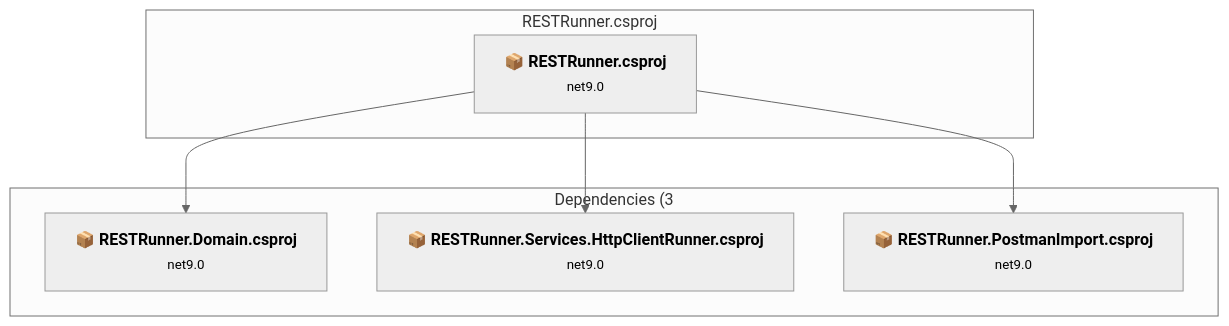
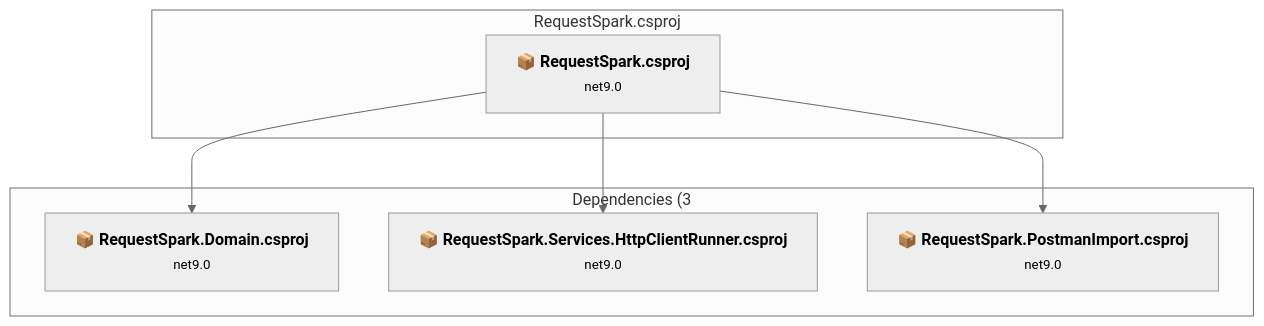
Before and after one commit to markhazleton/RESTRunner: the seventh of 7 diagrams in .github/upgrades/assessment.md, drawn with Mermaid (neutral theme). The commit also changed other lines of this file and 326 other files, not shown here.

First line of the commit message:
feat(rebrand): rename RESTRunner to RequestSpark (#11)

````diff
--- a/.github/upgrades/assessment.md
+++ b/.github/upgrades/assessment.md
@@ -444,19 +446,19 @@
 ```mermaid
 flowchart TB
-    subgraph current["RESTRunner.csproj"]
-        MAIN["<b>📦&nbsp;RESTRunner.csproj</b><br/><small>net9.0</small>"]
-        click MAIN "#restrunnerrestrunnercsproj"
+    subgraph current["RequestSpark.csproj"]
+        MAIN["<b>📦&nbsp;RequestSpark.csproj</b><br/><small>net9.0</small>"]
+        click MAIN "#requestsparkrequestsparkcsproj"
     end
     subgraph downstream["Dependencies (3"]
-        P2["<b>📦&nbsp;RESTRunner.Domain.csproj</b><br/><small>net9.0</small>"]
-        P4["<b>📦&nbsp;RESTRunner.Services.HttpClientRunner.csproj</b><br/><small>net9.0</small>"]
-        P3["<b>📦&nbsp;RESTRunner.PostmanImport.csproj</b><br/><small>net9.0</small>"]
-        click P2 "#restrunnerdomainrestrunnerdomaincsproj"
-        click P4 "#restrunnerserviceshttpclientrestrunnerserviceshttpclientrunnercsproj"
-        click P3 "#restrunnerpostmanimportrestrunnerpostmanimportcsproj"
+        P2["<b>📦&nbsp;RequestSpark.Domain.csproj</b><br/><small>net9.0</small>"]
+        P4["<b>📦&nbsp;RequestSpark.Services.HttpClientRunner.csproj</b><br/><small>net9.0</small>"]
+        P3["<b>📦&nbsp;RequestSpark.PostmanImport.csproj</b><br/><small>net9.0</small>"]
+        click P2 "#requestsparkdomainrequestsparkdomaincsproj"
+        click P4 "#requestsparkserviceshttpclientrequestsparkserviceshttpclientrunnercsproj"
+        click P3 "#requestsparkpostmanimportrequestsparkpostmanimportcsproj"
     end
     MAIN --> P2
     MAIN --> P4
     MAIN --> P3
 
 ```
````
